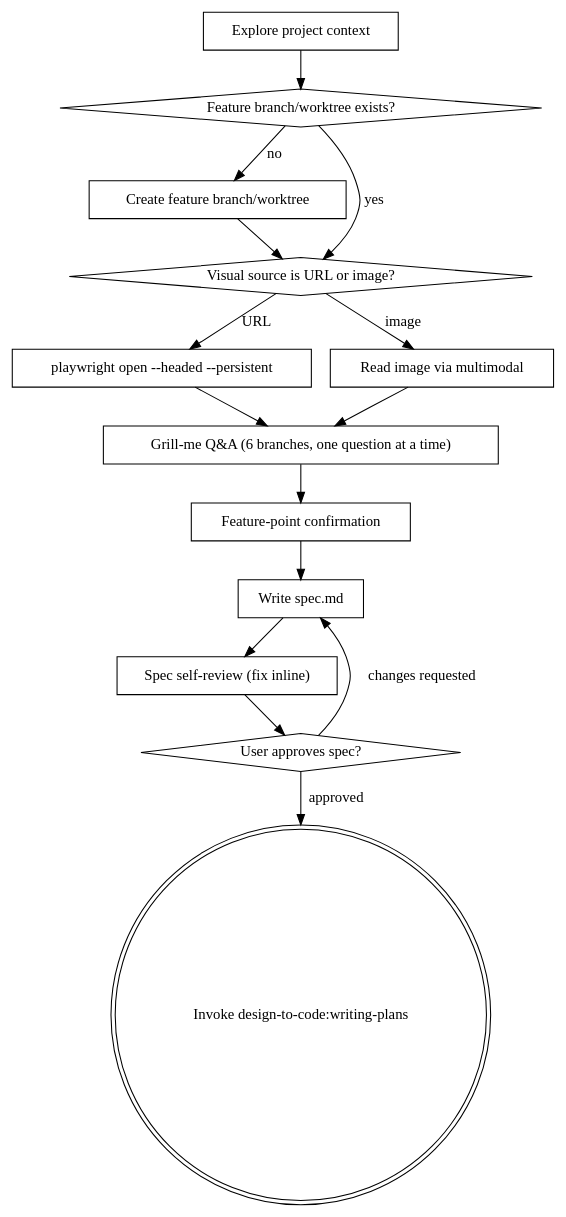
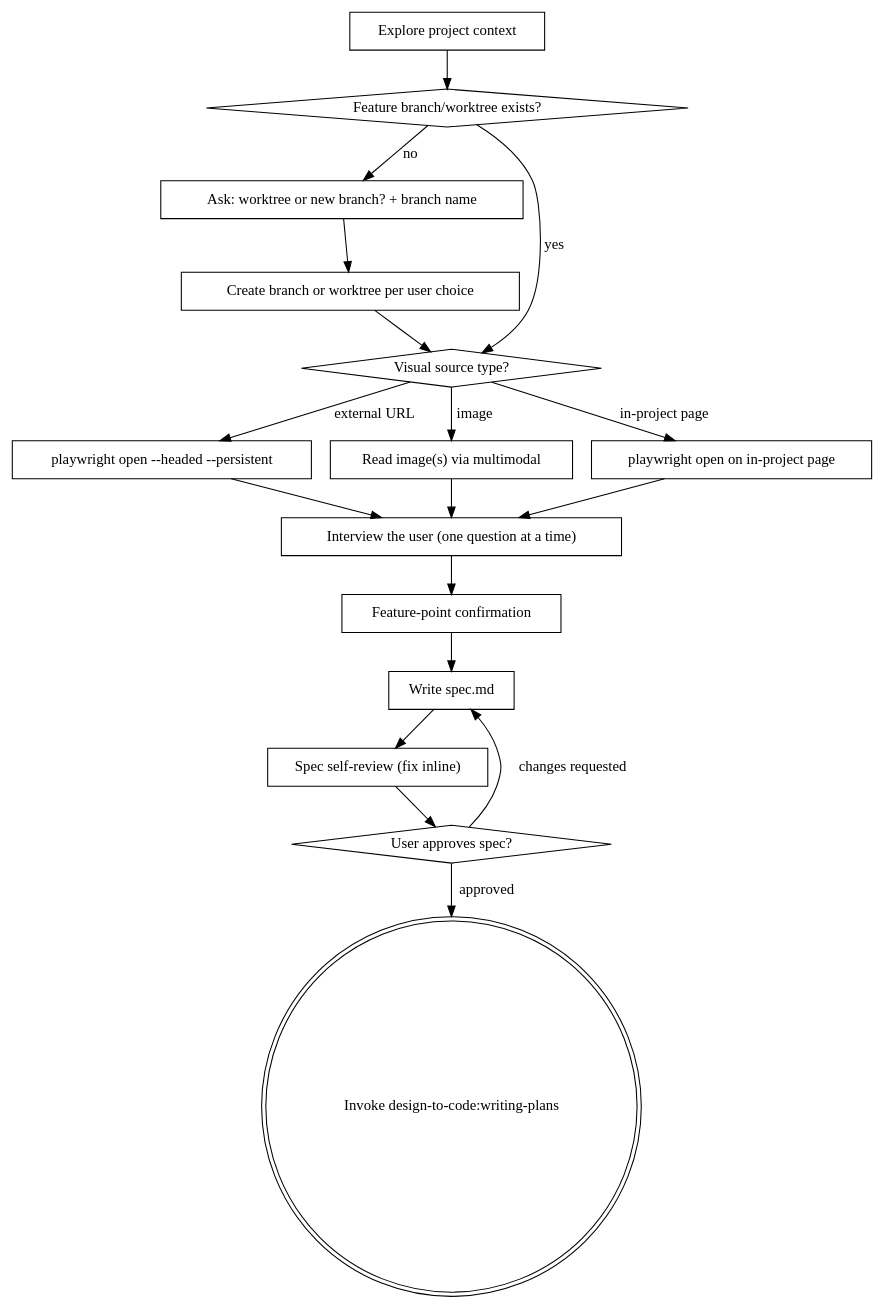
One commit to zhangtianwei1998/design-to-code changed the diagram in skills/brainstorming-from-design/SKILL.md. Above: the diagram before and after it, drawn with Graphviz. The commit also changed other lines of this file and 4 other files, not shown here.

````diff
--- a/skills/brainstorming-from-design/SKILL.md
+++ b/skills/brainstorming-from-design/SKILL.md
@@ -56,31 +63,36 @@
 ```dot
 digraph brainstorming_from_design {
     "Explore project context" [shape=box];
     "Feature branch/worktree exists?" [shape=diamond];
-    "Create feature branch/worktree" [shape=box];
-    "Visual source is URL or image?" [shape=diamond];
+    "Ask: worktree or new branch? + branch name" [shape=box];
+    "Create branch or worktree per user choice" [shape=box];
+    "Visual source type?" [shape=diamond];
     "playwright open --headed --persistent" [shape=box];
-    "Read image via multimodal" [shape=box];
-    "Grill-me Q&A (6 branches, one question at a time)" [shape=box];
+    "Read image(s) via multimodal" [shape=box];
+    "playwright open on in-project page" [shape=box];
+    "Interview the user (one question at a time)" [shape=box];
     "Feature-point confirmation" [shape=box];
     "Write spec.md" [shape=box];
     "Spec self-review (fix inline)" [shape=box];
     "User approves spec?" [shape=diamond];
     "Invoke design-to-code:writing-plans" [shape=doublecircle];
 
     "Explore project context" -> "Feature branch/worktree exists?";
-    "Feature branch/worktree exists?" -> "Create feature branch/worktree" [label="no"];
-    "Feature branch/worktree exists?" -> "Visual source is URL or image?" [label="yes"];
-    "Create feature branch/worktree" -> "Visual source is URL or image?";
-    "Visual source is URL or image?" -> "playwright open --headed --persistent" [label="URL"];
-    "Visual source is URL or image?" -> "Read image via multimodal" [label="image"];
-    "playwright open --headed --persistent" -> "Grill-me Q&A (6 branches, one question at a time)";
-    "Read image via multimodal" -> "Grill-me Q&A (6 branches, one question at a time)";
-    "Grill-me Q&A (6 branches, one question at a time)" -> "Feature-point confirmation";
+    "Feature branch/worktree exists?" -> "Ask: worktree or new branch? + branch name" [label="no"];
+    "Feature branch/worktree exists?" -> "Visual source type?" [label="yes"];
+    "Ask: worktree or new branch? + branch name" -> "Create branch or worktree per user choice";
+    "Create branch or worktree per user choice" -> "Visual source type?";
+    "Visual source type?" -> "playwright open --headed --persistent" [label="external URL"];
+    "Visual source type?" -> "Read image(s) via multimodal" [label="image"];
+    "Visual source type?" -> "playwright open on in-project page" [label="in-project page"];
+    "playwright open --headed --persistent" -> "Interview the user (one question at a time)";
+    "Read image(s) via multimodal" -> "Interview the user (one question at a time)";
+    "playwright open on in-project page" -> "Interview the user (one question at a time)";
+    "Interview the user (one question at a time)" -> "Feature-point confirmation";
     "Feature-point confirmation" -> "Write spec.md";
     "Write spec.md" -> "Spec self-review (fix inline)";
     "Spec self-review (fix inline)" -> "User approves spec?";
     "User approves spec?" -> "Write spec.md" [label="changes requested"];
     "User approves spec?" -> "Invoke design-to-code:writing-plans" [label="approved"];
 }
 ```
````
